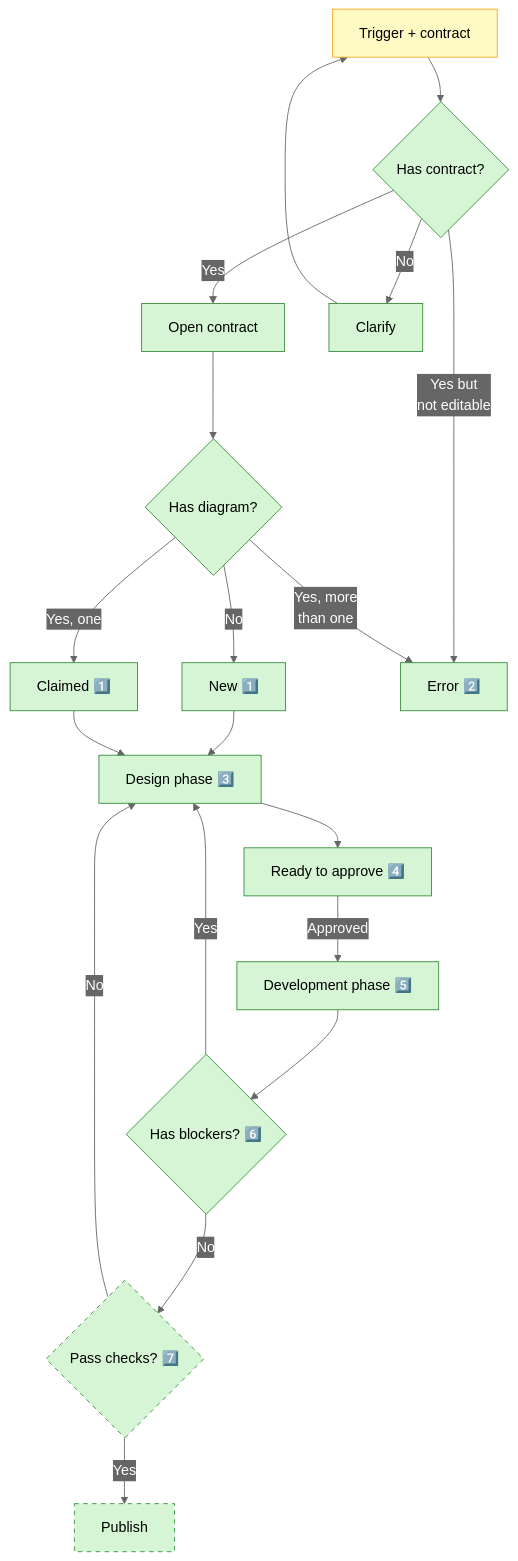
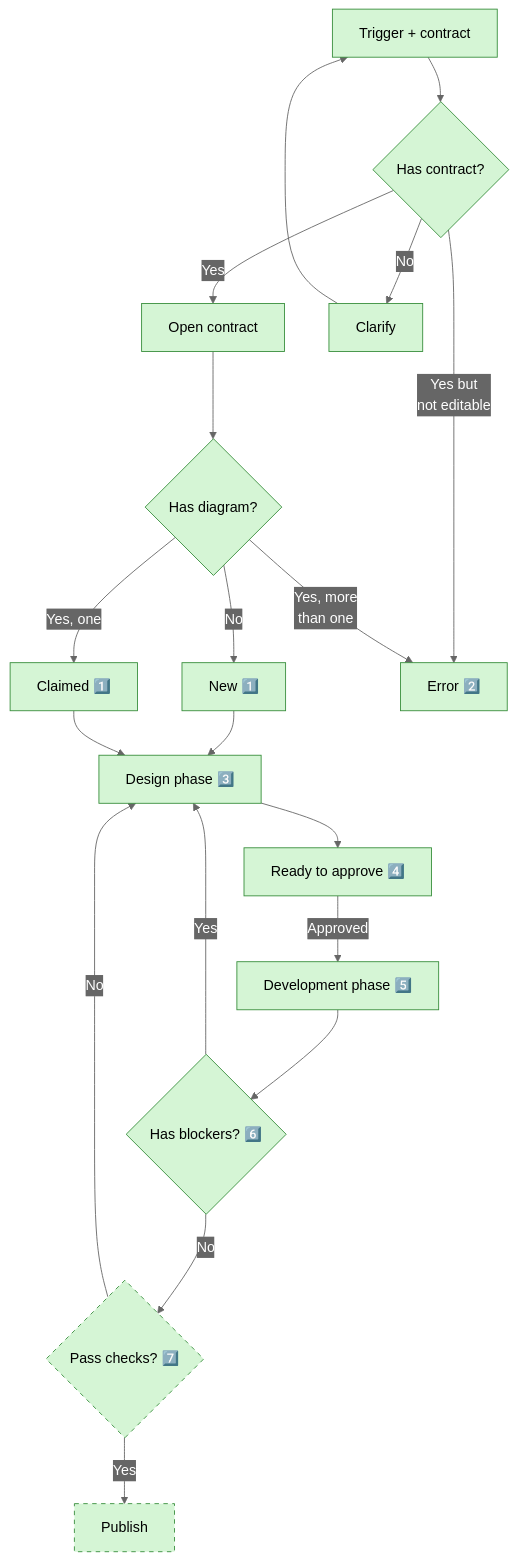
The diagram in contract-diagram/SKILL.md (nonlinear/skills), drawn with Mermaid before and after one commit.

Commit message:
Mark TRIGGER as developed (skill activation documented + working)

````diff
--- a/contract-diagram/SKILL.md
+++ b/contract-diagram/SKILL.md
@@ -28,51 +28,50 @@
 ```mermaid
 %%{init: {'theme':'base','themeVariables':{"primaryColor":"#4A90E2","primaryTextColor":"#fff","primaryBorderColor":"#2E5C8A","lineColor":"#666","secondaryColor":"#50E3C2","tertiaryColor":"#FFD700","edgeLabelBackground":"#666"},'flowchart':{"nodeSpacing":50,"rankSpacing":50,"padding":15,"curve":"basis"}}}%%
 flowchart TD
     TRIGGER["Trigger + contract"]
     CHECK_CONTRACT{"Has contract?"}
     OPEN["Open contract"]
     CLARIFY["Clarify"]
     CHECK_DIAGRAM{"Has diagram?"}
     CREATE["New 1️⃣"]
     CLAIM["Claimed 1️⃣"]
     ERROR["Error 2️⃣"]
     
     DESIGN["Design phase 3️⃣"]
     SIGNOFF["Ready to approve 4️⃣"]
     DEVELOPMENT["Development phase 5️⃣"]
     BLOCKERS{"Has blockers? 6️⃣"}
     TESTS{"Pass checks? 7️⃣"}
     PUBLISH["Publish"]
     
     TRIGGER --> CHECK_CONTRACT
     CHECK_CONTRACT -->|Yes| OPEN
     CHECK_CONTRACT -->|Yes but<br/>not editable| ERROR
     CHECK_CONTRACT -->|No| CLARIFY
     CLARIFY --> TRIGGER
     
     OPEN --> CHECK_DIAGRAM
     CHECK_DIAGRAM -->|Yes, more<br/>than one| ERROR
     CHECK_DIAGRAM -->|Yes, one| CLAIM
     CHECK_DIAGRAM -->|No| CREATE
     
     CREATE --> DESIGN
     CLAIM --> DESIGN
     DESIGN --> SIGNOFF
     SIGNOFF -->|Approved| DEVELOPMENT
     DEVELOPMENT --> BLOCKERS
     BLOCKERS -->|Yes| DESIGN
     BLOCKERS -->|No| TESTS
     TESTS -->|Yes| PUBLISH
     TESTS -->|No| DESIGN
     
     classDef default fill:#e0e0e0,stroke:#666,color:#000
     classDef approved fill:#FFF9C4,stroke:#F9A825,color:#000
     classDef developed fill:#D5F5D5,stroke:#388E3C,color:#000
     classDef blocker fill:#FFCDD2,stroke:#D32F2F,color:#000
     classDef developed-notes fill:#E3F2FD,stroke:#1976D2,color:#000
     classDef outside-system fill:#D5F5D5,stroke:#388E3C,stroke-dasharray:5 5,color:#000
     
-    class TRIGGER approved
-    class CHECK_DIAGRAM,CREATE,CLAIM,ERROR,SIGNOFF,DESIGN,DEVELOPMENT,BLOCKERS,CHECK_CONTRACT,OPEN,CLARIFY developed
+    class CHECK_DIAGRAM,CREATE,CLAIM,ERROR,SIGNOFF,DESIGN,DEVELOPMENT,BLOCKERS,CHECK_CONTRACT,OPEN,CLARIFY,TRIGGER developed
     class PUBLISH,TESTS outside-system
 ```
````
